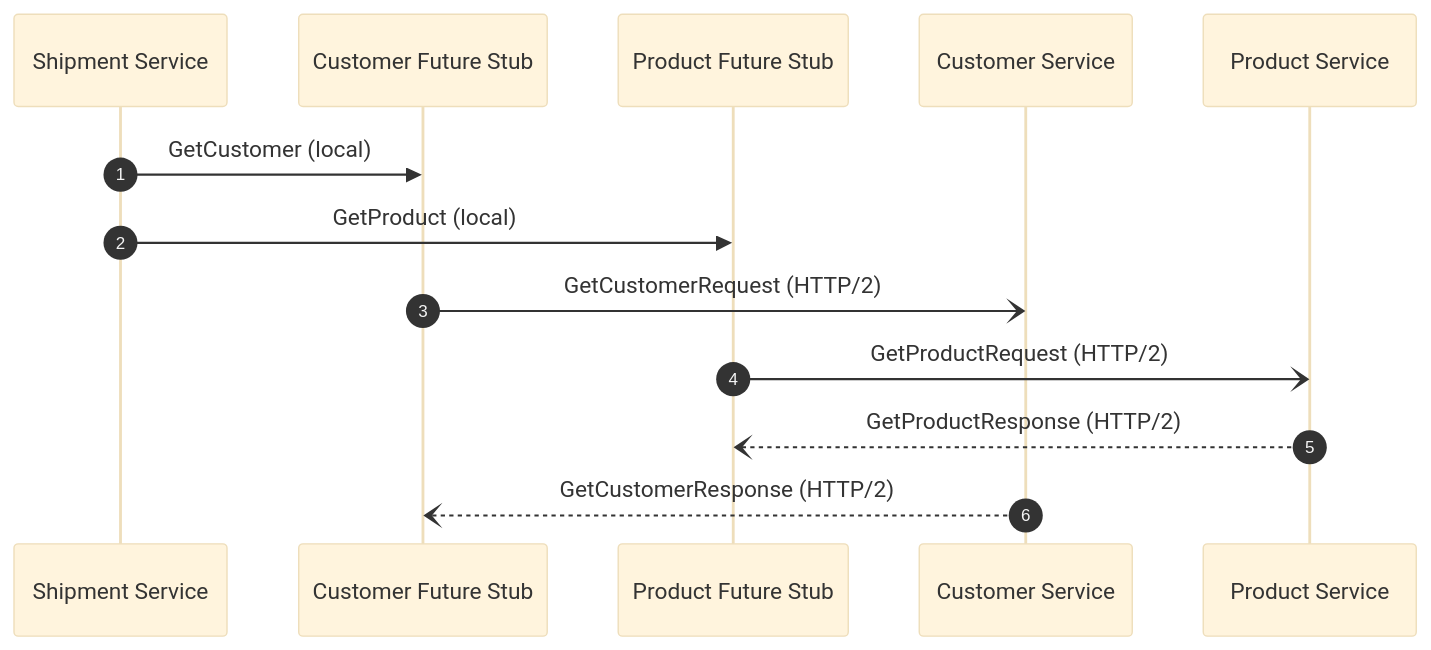
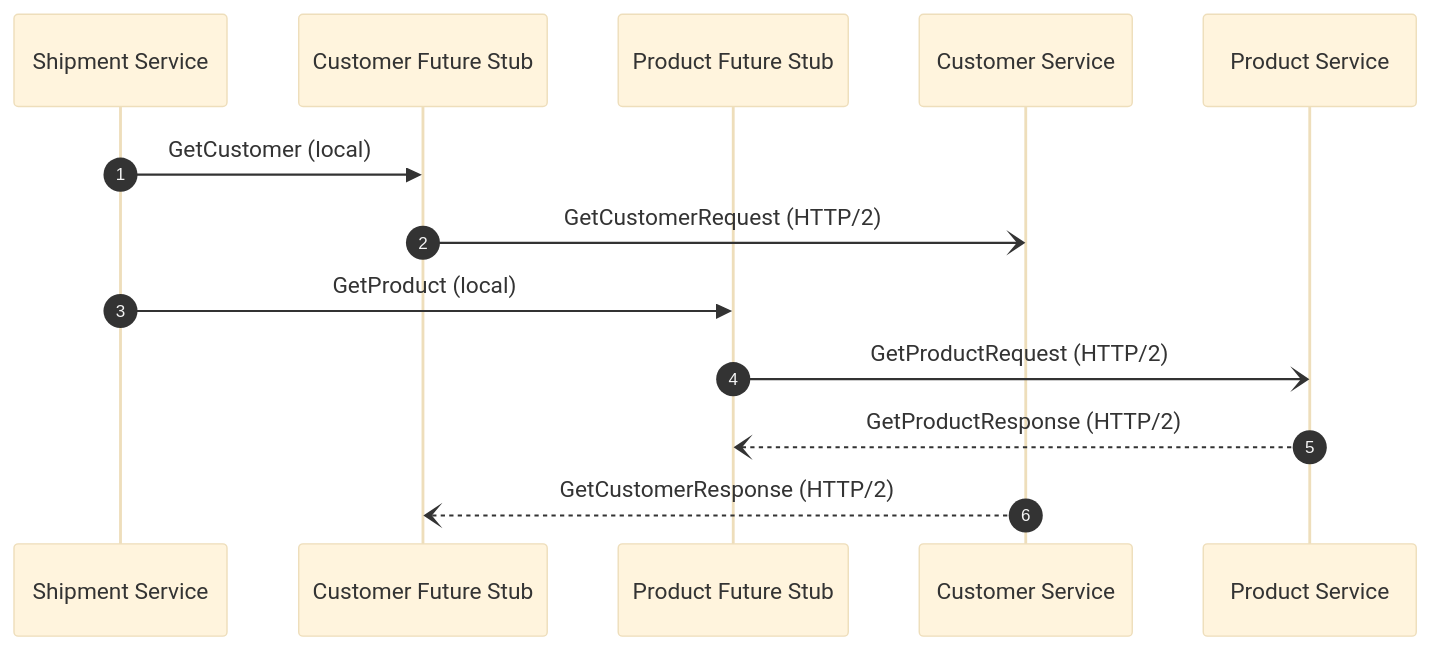
The second of 2 diagrams in _posts/2023-01-28-microservices-communication-using-grpc.md (mincong-h/mincong-h.github.io), drawn with Mermaid (base theme) before and after one commit.

````diff
--- a/_posts/2023-01-28-microservices-communication-using-grpc.md
+++ b/_posts/2023-01-28-microservices-communication-using-grpc.md
@@ -202,19 +202,20 @@
 ```mermaid
 sequenceDiagram
     autonumber
 
     participant shipmentService as Shipment Service
     participant customerStub as Customer Future Stub
     participant productStub as Product Future Stub
 
     participant customerService as Customer Service
     participant productService as Product Service
 
     shipmentService->>customerStub: GetCustomer (local)
+    customerStub-)customerService: GetCustomerRequest (HTTP/2)
+
     shipmentService->>productStub: GetProduct (local)
+    productStub-)productService: GetProductRequest (HTTP/2)
 
-    customerStub-)customerService: GetCustomerRequest (HTTP/2)
-    productStub-)productService: GetProductRequest (HTTP/2)
     productService--)productStub: GetProductResponse (HTTP/2)
     customerService--)customerStub: GetCustomerResponse (HTTP/2)
 ```
````
